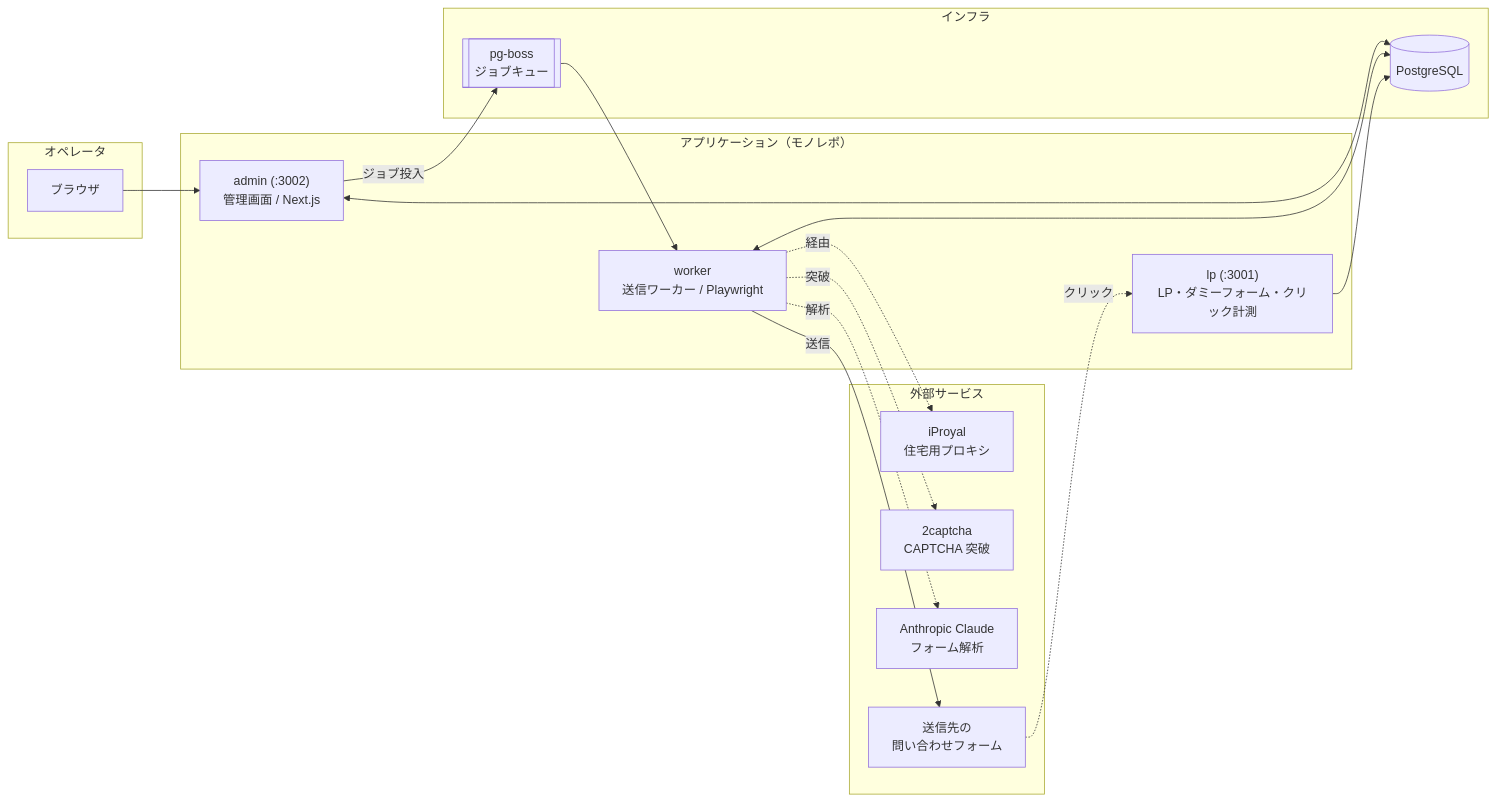
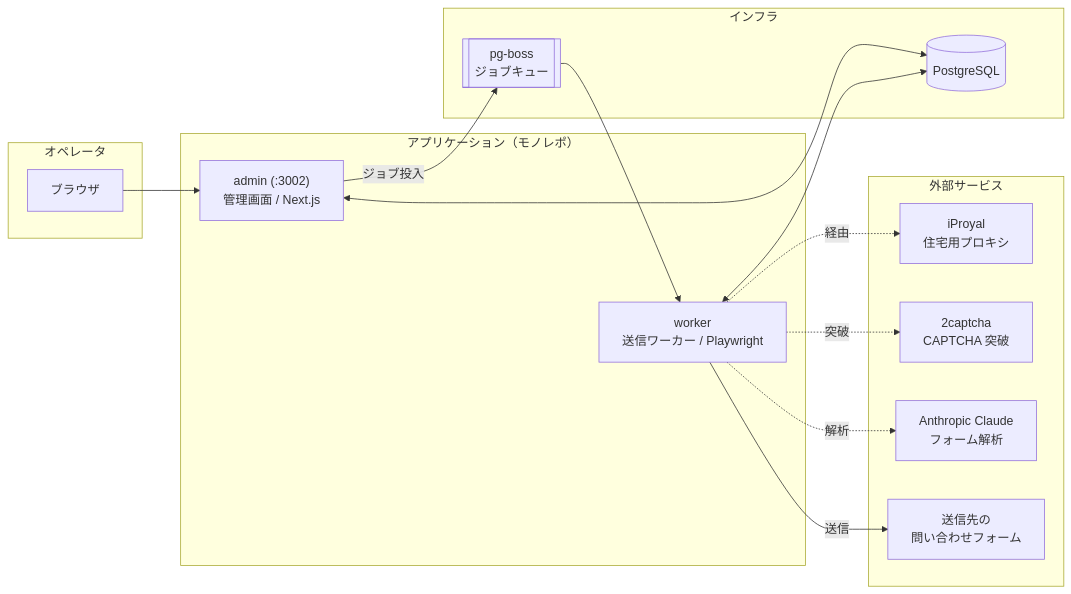
Before and after one commit to aoi1026/b2b-sales-outreach-platform: the first of 3 diagrams in README.md, drawn with Mermaid. The commit also changed other lines of this file and 3 other files, not shown here.

````diff
--- a/README.md
+++ b/README.md
@@ -51,36 +51,33 @@
 ```mermaid
 flowchart LR
     subgraph Client["オペレータ"]
         B[ブラウザ]
     end
 
     subgraph Apps["アプリケーション（モノレポ）"]
         ADMIN["admin (:3002)<br/>管理画面 / Next.js"]
-        LP["lp (:3001)<br/>LP・ダミーフォーム・クリック計測"]
         WORKER["worker<br/>送信ワーカー / Playwright"]
     end
 
     subgraph Infra["インフラ"]
         DB[("PostgreSQL")]
         QUEUE[["pg-boss<br/>ジョブキュー"]]
     end
 
     subgraph External["外部サービス"]
         PROXY["iProyal<br/>住宅用プロキシ"]
         CAPTCHA["2captcha<br/>CAPTCHA 突破"]
         AI["Anthropic Claude<br/>フォーム解析"]
         FORMS["送信先の<br/>問い合わせフォーム"]
     end
 
     B --> ADMIN
     ADMIN -- ジョブ投入 --> QUEUE
     ADMIN <--> DB
     QUEUE --> WORKER
     WORKER <--> DB
     WORKER -- 送信 --> FORMS
     WORKER -.経由.-> PROXY
     WORKER -.突破.-> CAPTCHA
     WORKER -.解析.-> AI
-    FORMS -. クリック .-> LP
-    LP --> DB
 ```
````
